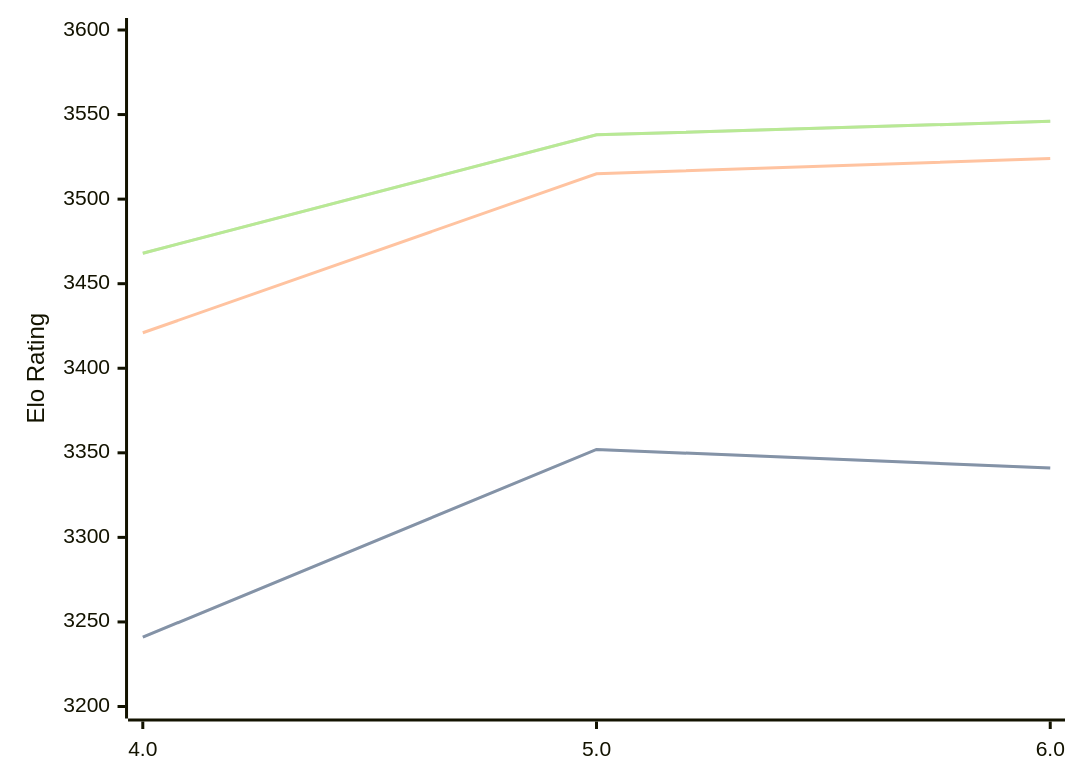
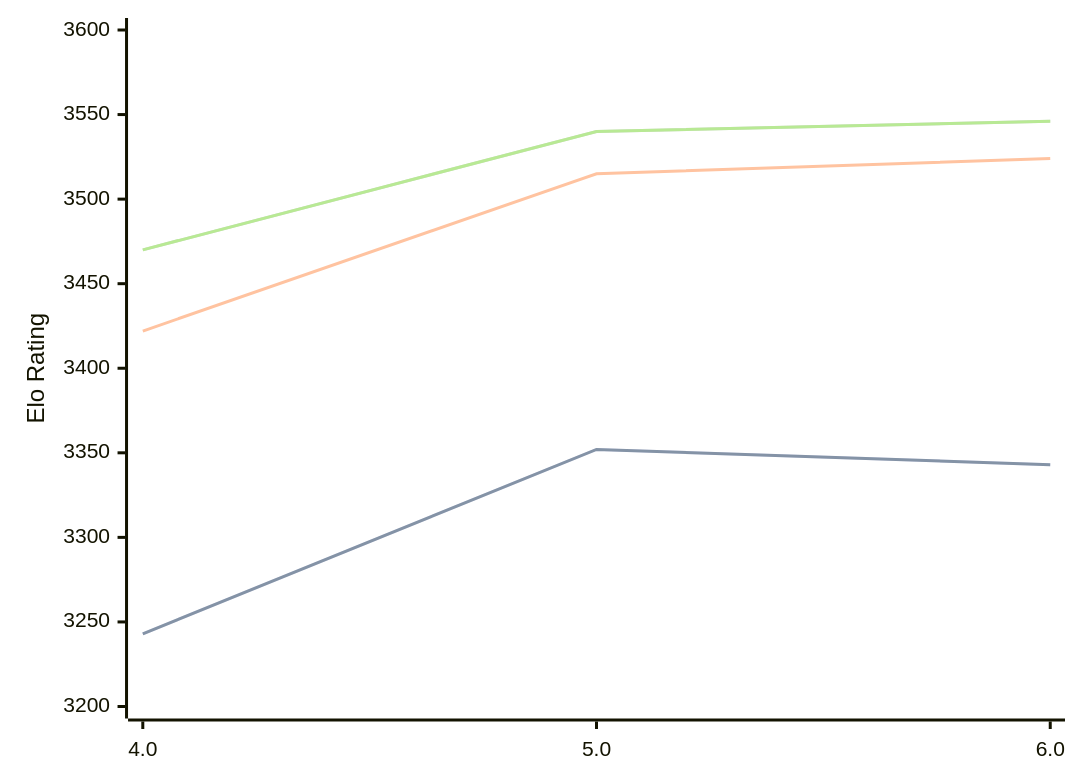
One commit to computer-chess-index/cci changed the diagram in engines/Tarnished.md. Above: the diagram before and after it, drawn with Mermaid. The commit also changed other lines of this file, not shown here.

Commit message:
Update CCI Ratings (ELO VLTC) - 2026-08-05

````diff
--- a/engines/Tarnished.md
+++ b/engines/Tarnished.md
@@ -37,11 +37,11 @@
 ```mermaid
 %%{init: {"theme":"base","themeVariables":{"seriesColors:['#a3a3a3','#222221','#faa371']}}}%%
 xychart-beta
   x-axis ["4.0", "5.0", "6.0"]
   y-axis "Elo Rating" 3200 --> 3600
-  line "STC (8.0+0.08s)" [3241, 3352, 3341]
-  line "STC (8.0+0.08s)" [3241, 3352, 3341]
-  line "LTC (60.0+0.60s)" [3421, 3515, 3524]
-  line "VLTC (2m24s+1.12s)" [3468, 3538, 3546]
-  line "VLTC (2m24s+1.12s)" [3468, 3538, 3546]
+  line "STC (8.0+0.08s)" [3243, 3352, 3343]
+  line "STC (8.0+0.08s)" [3243, 3352, 3343]
+  line "LTC (60.0+0.60s)" [3422, 3515, 3524]
+  line "VLTC (2m24s+1.12s)" [3470, 3540, 3546]
+  line "VLTC (2m24s+1.12s)" [3470, 3540, 3546]
 ```
````
